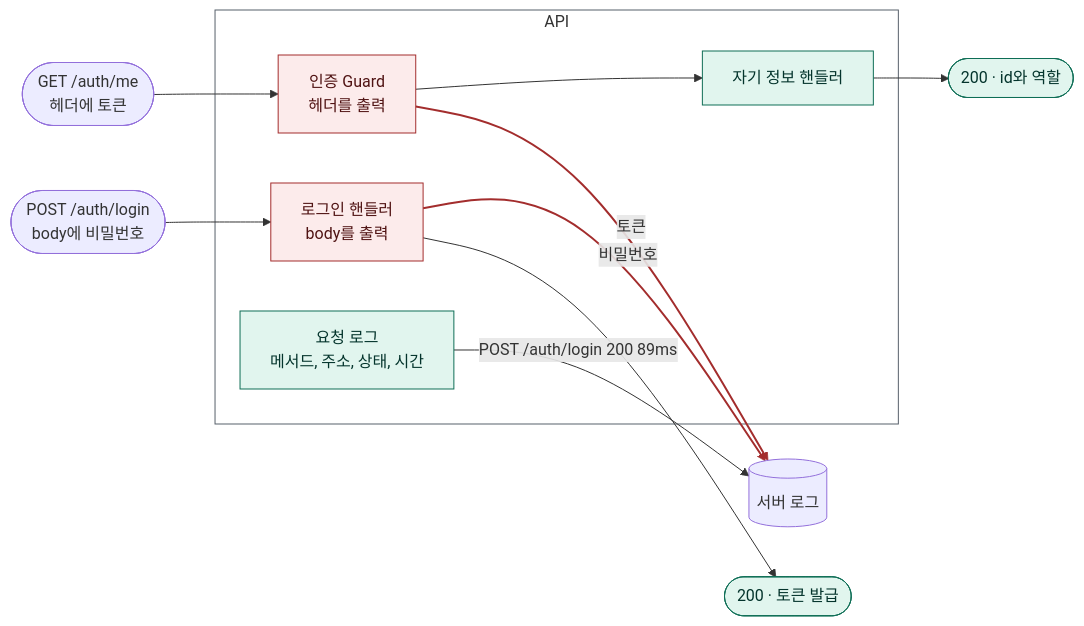
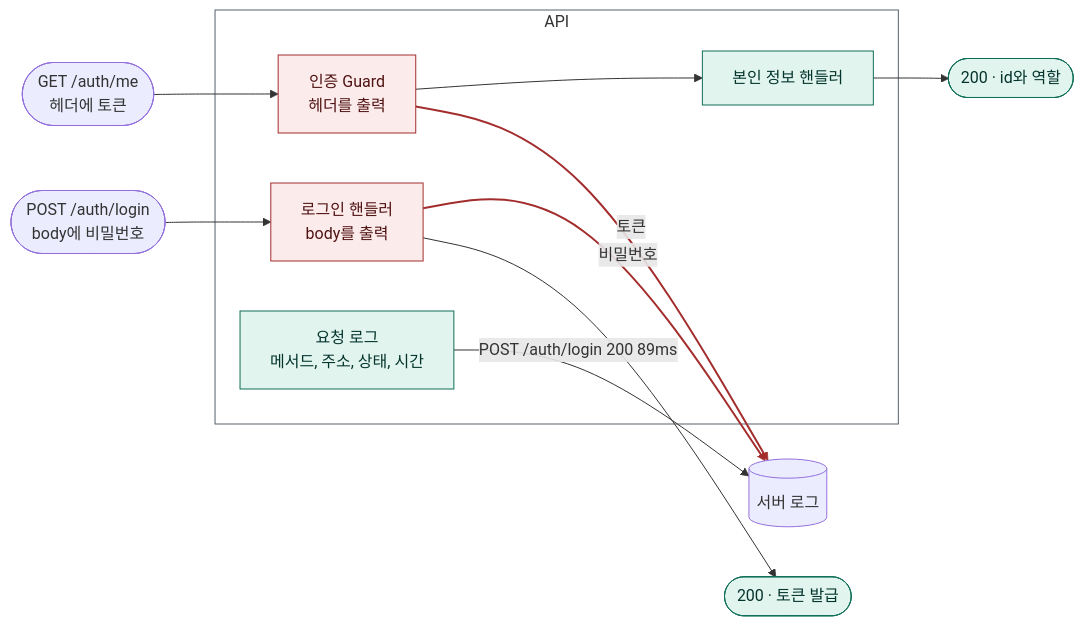
One commit to loquemedalagana/secure-enroll-demo changed the first of 3 diagrams in docs/diagnosis/defect-3.md. Above: the diagram before and after it, drawn with Mermaid. The commit also changed other lines of this file and 4 other files, not shown here.

````diff
--- a/docs/diagnosis/defect-3.md
+++ b/docs/diagnosis/defect-3.md
@@ -95,29 +95,29 @@
 ```mermaid
 flowchart LR
   req1(["POST /auth/login<br/>body에 비밀번호"])
   req2(["GET /auth/me<br/>헤더에 토큰"])
 
   subgraph api["API"]
     g["인증 Guard<br/>헤더를 출력"]
     h1["로그인 핸들러<br/>body를 출력"]
-    h2["자기 정보 핸들러"]
+    h2["본인 정보 핸들러"]
     m["요청 로그<br/>메서드, 주소, 상태, 시간"]
   end
 
   log[("서버 로그")]
 
   req1 --> h1
   req2 --> g --> h2
   h1 -- "비밀번호" --> log
   g -- "토큰" --> log
   m -- "POST /auth/login 200 89ms" --> log
   h1 --> ok1(["200 · 토큰 발급"])
   h2 --> ok2(["200 · id와 역할"])
 
   classDef safe fill:#E1F5EE,stroke:#0F6E56,color:#04342C
   classDef danger fill:#FCEBEB,stroke:#A32D2D,color:#501313
   class h2,m,ok1,ok2 safe
   class g,h1 danger
   style api fill:none,stroke:#57606a
   linkStyle 3,4 stroke:#A32D2D,stroke-width:2px
 ```
````
